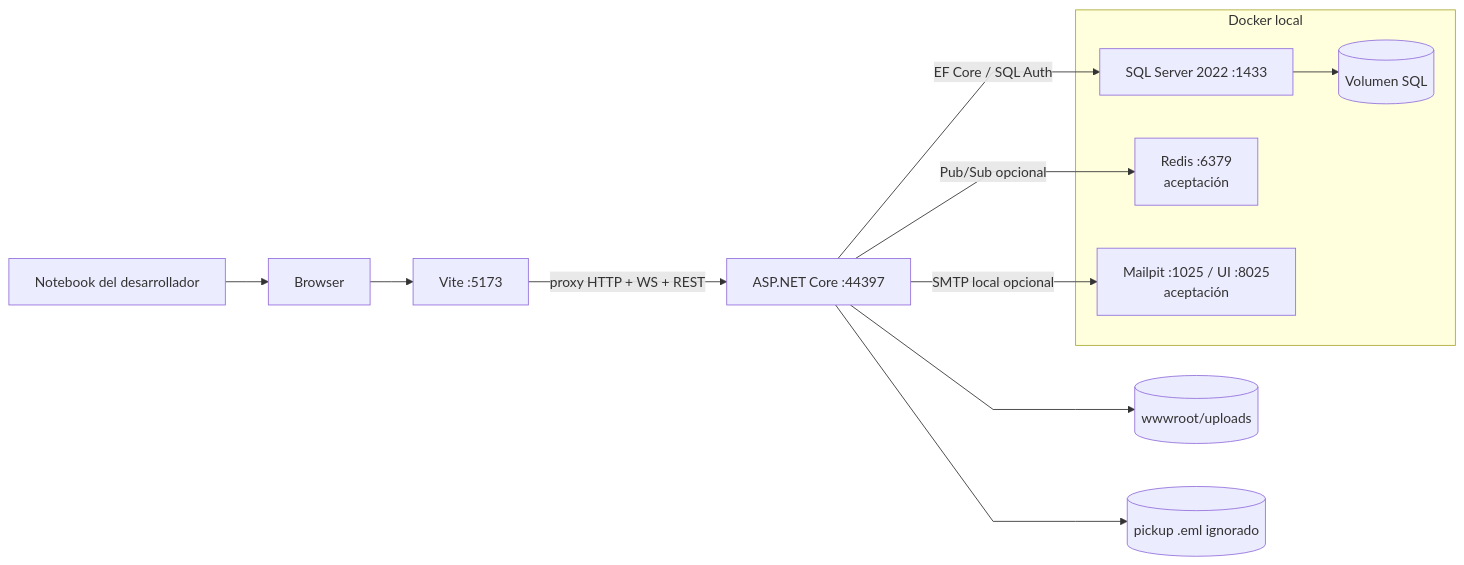
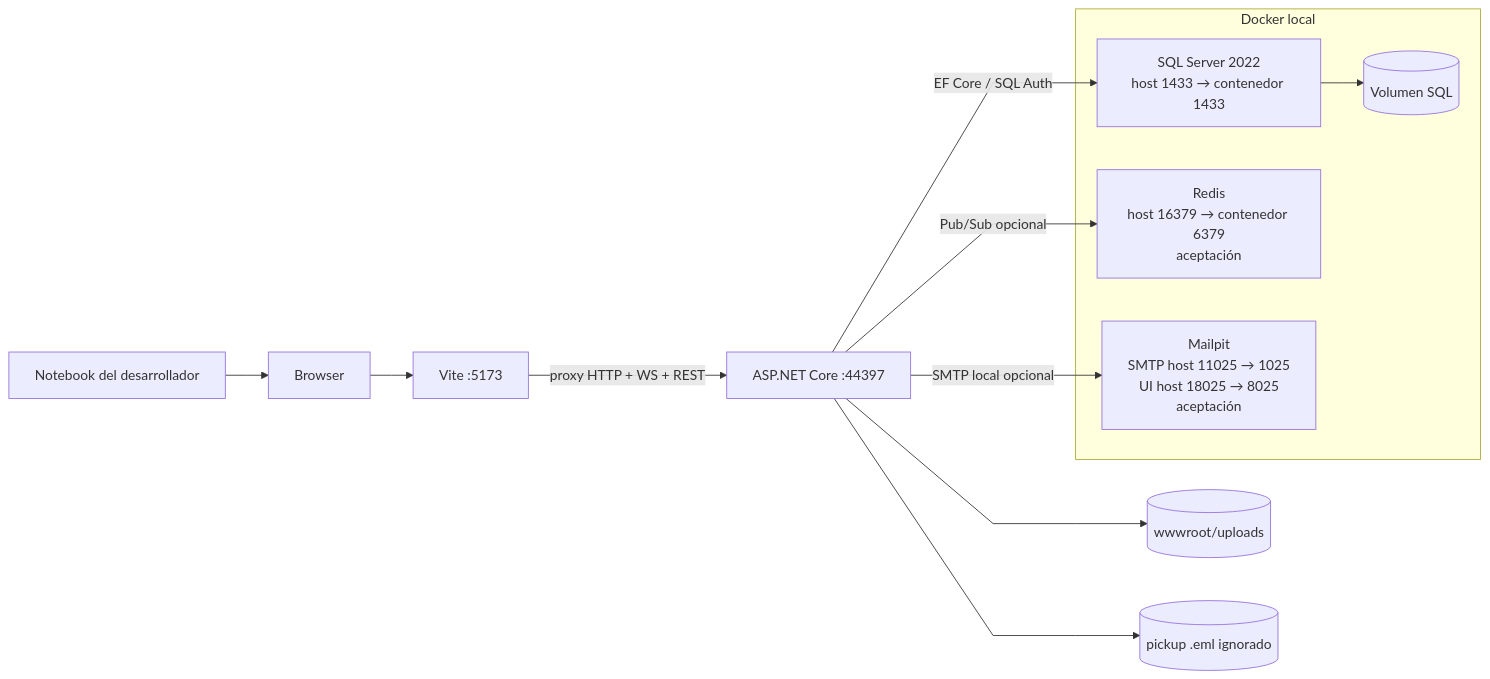
Before and after one commit to fagdiaz/OneITB: diagram 11 of 13 in docs/academic/04-design-diagrams.md, drawn with Mermaid. The commit also changed other lines of this file and 109 other files, not shown here.

````diff
--- a/docs/academic/04-design-diagrams.md
+++ b/docs/academic/04-design-diagrams.md
@@ -680,28 +737,28 @@
 ```mermaid
 %%{init: {"theme": "default", "flowchart": {"curve": "linear"}}}%%
 flowchart LR
     DEV["Notebook del desarrollador"]
     BROWSER["Browser"]
     VITE["Vite :5173"]
     API["ASP.NET Core :44397"]
 
     subgraph DOCKER["Docker local"]
-        SQL["SQL Server 2022 :1433"]
-        REDIS["Redis :6379<br/>aceptación"]
-        MAILPIT["Mailpit :1025 / UI :8025<br/>aceptación"]
+        SQL["SQL Server 2022<br/>host 1433 → contenedor 1433"]
+        REDIS["Redis<br/>host 16379 → contenedor 6379<br/>aceptación"]
+        MAILPIT["Mailpit<br/>SMTP host 11025 → 1025<br/>UI host 18025 → 8025<br/>aceptación"]
         VOL[("Volumen SQL")]
         SQL --> VOL
     end
 
     UPLOADS[("wwwroot/uploads")]
     PICKUP[("pickup .eml ignorado")]
 
     DEV --> BROWSER
     BROWSER --> VITE
     VITE -->|"proxy HTTP + WS + REST"| API
     API -->|"EF Core / SQL Auth"| SQL
     API -->|"Pub/Sub opcional"| REDIS
     API -->|"SMTP local opcional"| MAILPIT
     API --> UPLOADS
     API --> PICKUP
 ```
````
